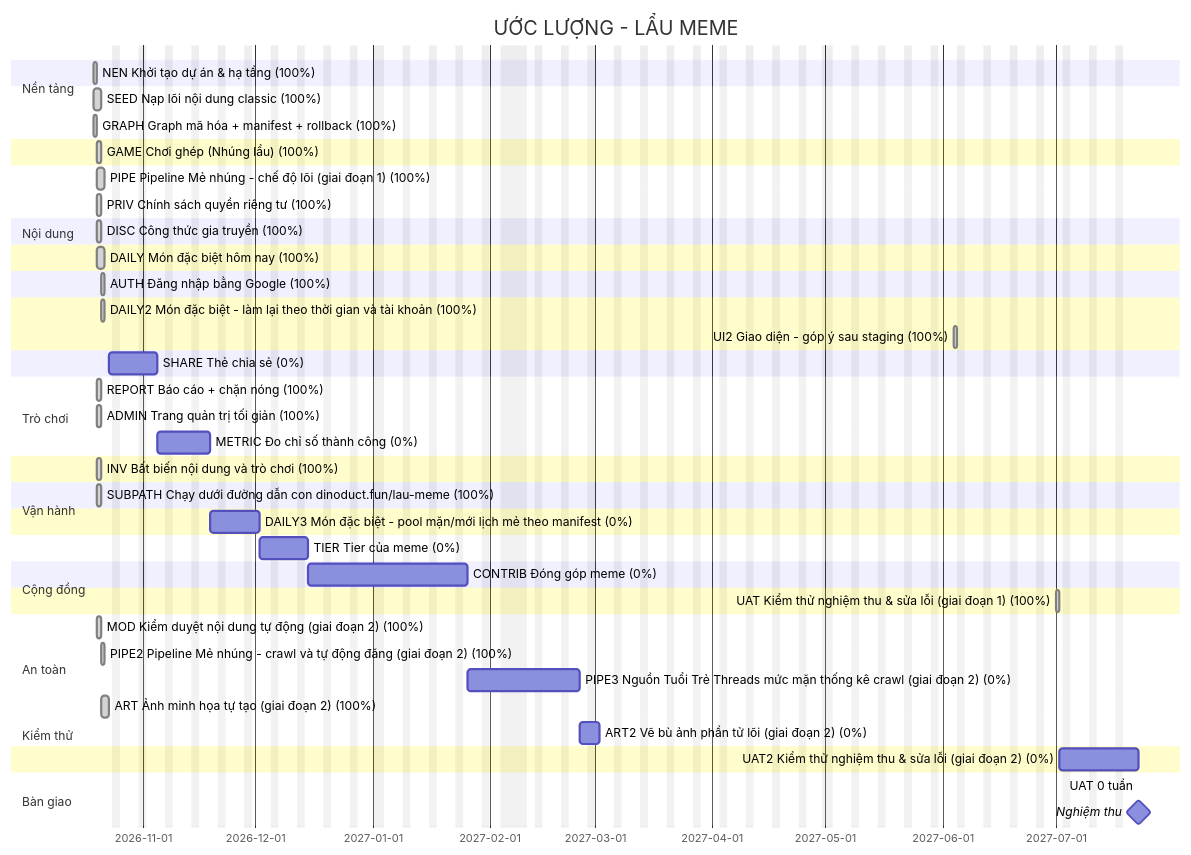
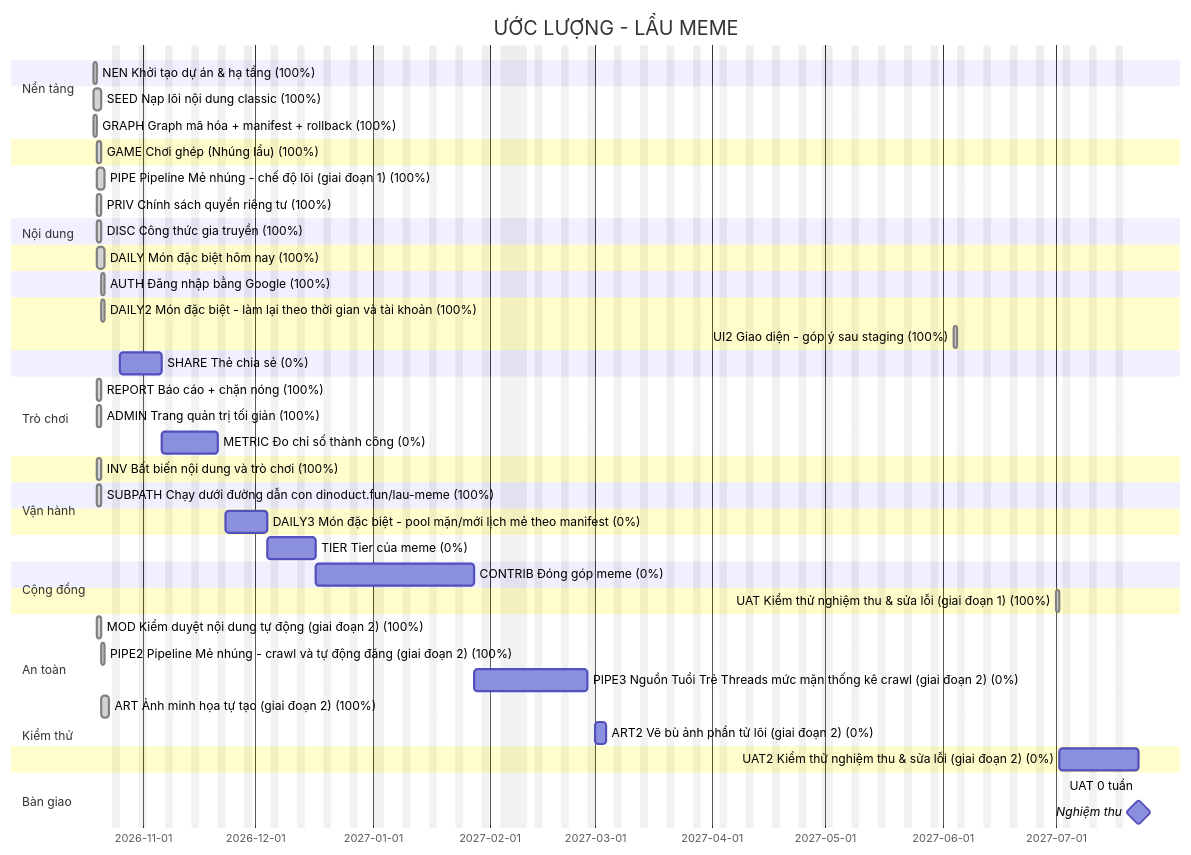
One commit to thucnq/lau-meme changed the diagram in docs/plan/gantt.md. Above: the diagram before and after it, drawn with Mermaid. The commit also changed other lines of this file and 4 other files, not shown here.

First line of the commit message:
chore(estimate): METRIC 4.5 -> 5 cho AC-METRIC-08; ghi đổi AC-SHARE-06; chạy lại kế hoạch

````diff
--- a/docs/plan/gantt.md
+++ b/docs/plan/gantt.md
@@ -5,57 +5,57 @@
 ```mermaid
 gantt
     title ƯỚC LƯỢNG - LẨU MEME
     dateFormat YYYY-MM-DD
     excludes weekends, 2027-01-01, 2027-02-04, 2027-02-05, 2027-02-06, 2027-02-07, 2027-02-08, 2027-02-09, 2027-02-10, 2027-04-30, 2027-05-01, 2027-09-02
     todayMarker stroke-width:2px,stroke:#d33
     section Nền tảng
     NEN Khởi tạo dự án & hạ tầng (100%) :done, NEN, 2026-10-19, 1d
     section Nội dung
     SEED Nạp lõi nội dung classic (100%) :done, SEED, 2026-10-19, 2d
     GRAPH Graph mã hóa + manifest + rollback (100%) :done, GRAPH, 2026-10-19, 1d
     section Trò chơi
     GAME Chơi ghép (Nhúng lẩu) (100%) :done, GAME, 2026-10-20, 1d
     section Nội dung
     PIPE Pipeline Mẻ nhúng - chế độ lõi (giai đoạn 1) (100%) :done, PIPE, 2026-10-20, 2d
     section Vận hành
     PRIV Chính sách quyền riêng tư (100%) :done, PRIV, 2026-10-20, 1d
     section Cộng đồng
     DISC Công thức gia truyền (100%) :done, DISC, 2026-10-20, 1d
     section Trò chơi
     DAILY Món đặc biệt hôm nay (100%) :done, DAILY, 2026-10-20, 2d
     section Cộng đồng
     AUTH Đăng nhập bằng Google (100%) :done, AUTH, 2026-10-21, 1d
     section Trò chơi
     DAILY2 Món đặc biệt - làm lại theo thời gian và tài khoản (100%) :done, DAILY2, 2026-10-21, 1d
     UI2 Giao diện - góp ý sau staging (100%) :done, UI2, 2027-06-04, 1d
     section Cộng đồng
-    SHARE Thẻ chia sẻ (0%) :SHARE, 2026-10-23, 9d
+    SHARE Thẻ chia sẻ (0%) :SHARE, 2026-10-26, 9d
     section An toàn
     REPORT Báo cáo + chặn nóng (100%) :done, REPORT, 2026-10-20, 1d
     ADMIN Trang quản trị tối giản (100%) :done, ADMIN, 2026-10-20, 1d
     section Vận hành
-    METRIC Đo chỉ số thành công (0%) :METRIC, 2026-11-05, 10d
+    METRIC Đo chỉ số thành công (0%) :METRIC, 2026-11-06, 11d
     section Kiểm thử
     INV Bất biến nội dung và trò chơi (100%) :done, INV, 2026-10-20, 1d
     section Nền tảng
     SUBPATH Chạy dưới đường dẫn con dinoduct.fun/lau-meme (100%) :done, SUBPATH, 2026-10-20, 1d
     section Trò chơi
-    DAILY3 Món đặc biệt - pool mặn/mới  lịch mẻ theo manifest (0%) :DAILY3, 2026-11-19, 9d
+    DAILY3 Món đặc biệt - pool mặn/mới  lịch mẻ theo manifest (0%) :DAILY3, 2026-11-23, 9d
     section Nội dung
-    TIER Tier của meme (0%) :TIER, 2026-12-02, 9d
+    TIER Tier của meme (0%) :TIER, 2026-12-04, 9d
     section Cộng đồng
-    CONTRIB Đóng góp meme (0%) :CONTRIB, 2026-12-15, 29d
+    CONTRIB Đóng góp meme (0%) :CONTRIB, 2026-12-17, 29d
     section Kiểm thử
     UAT Kiểm thử nghiệm thu & sửa lỗi (giai đoạn 1) (100%) :done, UAT, 2027-07-01, 1d
     section Nội dung
     MOD Kiểm duyệt nội dung tự động (giai đoạn 2) (100%) :done, MOD, 2026-10-20, 1d
     PIPE2 Pipeline Mẻ nhúng - crawl và tự động đăng (giai đoạn 2) (100%) :done, PIPE2, 2026-10-21, 1d
-    PIPE3 Nguồn Tuổi Trẻ  Threads  mức mặn  thống kê crawl (giai đoạn 2) (0%) :PIPE3, 2027-01-26, 17d
+    PIPE3 Nguồn Tuổi Trẻ  Threads  mức mặn  thống kê crawl (giai đoạn 2) (0%) :PIPE3, 2027-01-28, 17d
     ART Ảnh minh họa tự tạo (giai đoạn 2) (100%) :done, ART, 2026-10-21, 2d
-    ART2 Vẽ bù ảnh phần tử lõi (giai đoạn 2) (0%) :ART2, 2027-02-25, 3d
+    ART2 Vẽ bù ảnh phần tử lõi (giai đoạn 2) (0%) :ART2, 2027-03-01, 3d
     section Kiểm thử
     UAT2 Kiểm thử nghiệm thu & sửa lỗi (giai đoạn 2) (0%) :UAT2, 2027-07-02, 15d
     section Bàn giao
     UAT 0 tuần :uat, 2027-07-23, 0d
     Nghiệm thu :milestone, 2027-07-23, 0d
 ```
````
